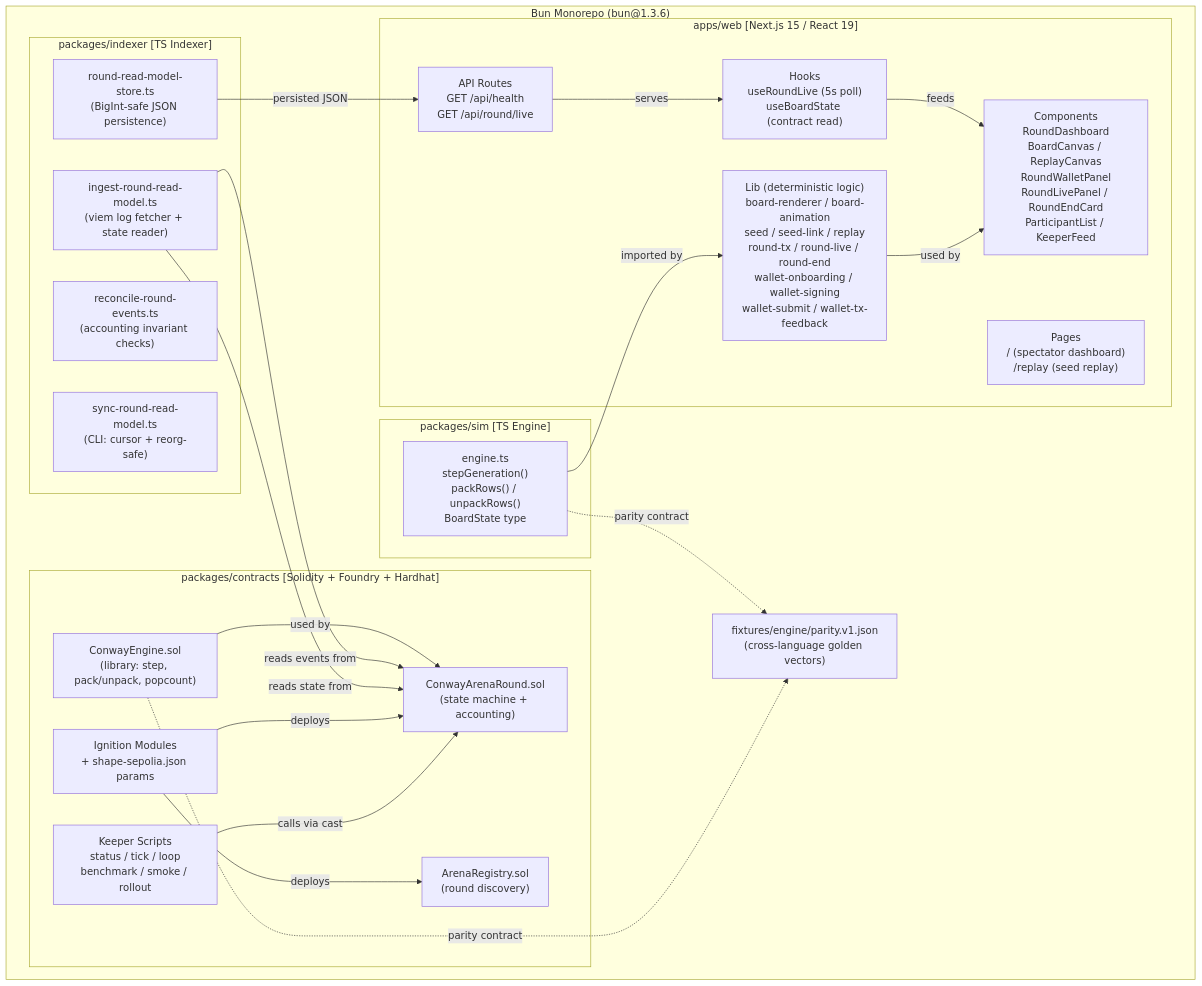
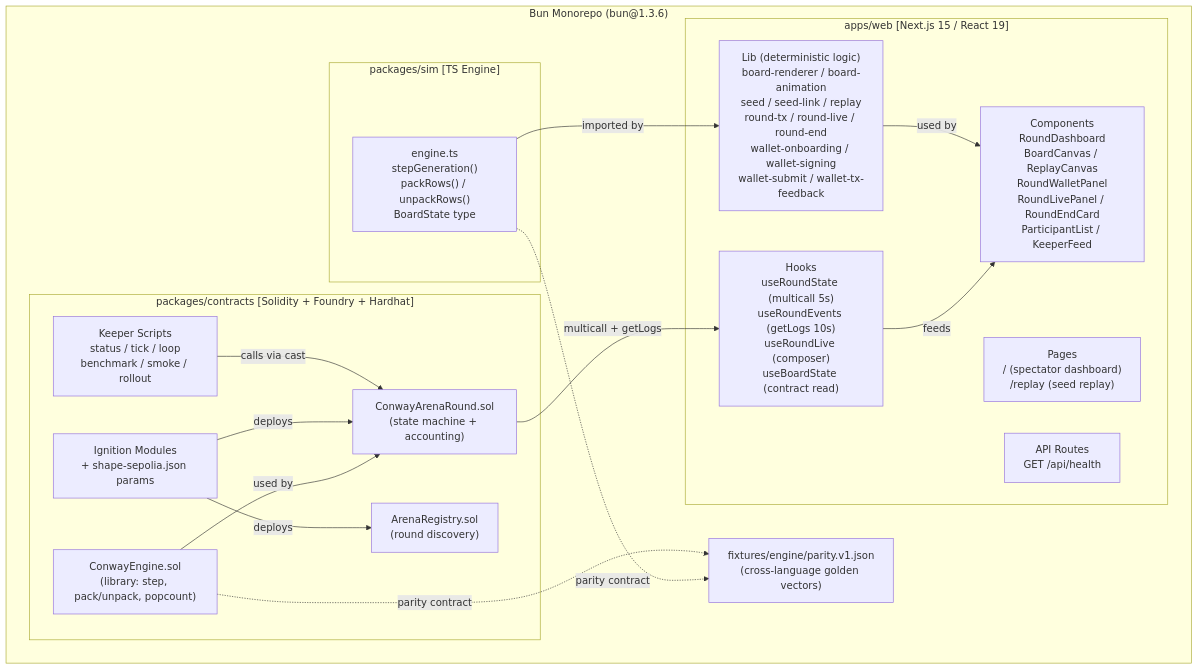
Before and after one commit to williamhzo/shape-of-life: the first of 13 diagrams in architecture.md, drawn with Mermaid. The commit also changed other lines of this file and 2 other files, not shown here.

First line of the commit message:
Update docs for indexer removal and wagmi/React Query reads

````diff
--- a/architecture.md
+++ b/architecture.md
@@ -324,47 +297,37 @@
 ```mermaid
 graph TB
     subgraph "Bun Monorepo (bun@1.3.6)"
         subgraph "apps/web [Next.js 15 / React 19]"
             WEB_PAGES["Pages<br/>/ (spectator dashboard)<br/>/replay (seed replay)"]
-            WEB_API["API Routes<br/>GET /api/health<br/>GET /api/round/live"]
+            WEB_API["API Routes<br/>GET /api/health"]
             WEB_COMPONENTS["Components<br/>RoundDashboard<br/>BoardCanvas / ReplayCanvas<br/>RoundWalletPanel<br/>RoundLivePanel / RoundEndCard<br/>ParticipantList / KeeperFeed"]
             WEB_LIB["Lib (deterministic logic)<br/>board-renderer / board-animation<br/>seed / seed-link / replay<br/>round-tx / round-live / round-end<br/>wallet-onboarding / wallet-signing<br/>wallet-submit / wallet-tx-feedback"]
-            WEB_HOOKS["Hooks<br/>useRoundLive (5s poll)<br/>useBoardState (contract read)"]
+            WEB_HOOKS["Hooks<br/>useRoundState (multicall 5s)<br/>useRoundEvents (getLogs 10s)<br/>useRoundLive (composer)<br/>useBoardState (contract read)"]
         end
 
         subgraph "packages/sim [TS Engine]"
             SIM_ENGINE["engine.ts<br/>stepGeneration()<br/>packRows() / unpackRows()<br/>BoardState type"]
         end
 
         subgraph "packages/contracts [Solidity + Foundry + Hardhat]"
             SOL_ENGINE["ConwayEngine.sol<br/>(library: step, pack/unpack, popcount)"]
             SOL_ROUND["ConwayArenaRound.sol<br/>(state machine + accounting)"]
             SOL_REGISTRY["ArenaRegistry.sol<br/>(round discovery)"]
             IGNITION["Ignition Modules<br/>+ shape-sepolia.json params"]
             SCRIPTS["Keeper Scripts<br/>status / tick / loop<br/>benchmark / smoke / rollout"]
         end
 
-        subgraph "packages/indexer [TS Indexer]"
-            IDX_INGEST["ingest-round-read-model.ts<br/>(viem log fetcher + state reader)"]
-            IDX_RECONCILE["reconcile-round-events.ts<br/>(accounting invariant checks)"]
-            IDX_SYNC["sync-round-read-model.ts<br/>(CLI: cursor + reorg-safe)"]
-            IDX_STORE["round-read-model-store.ts<br/>(BigInt-safe JSON persistence)"]
-        end
-
         FIXTURES["fixtures/engine/parity.v1.json<br/>(cross-language golden vectors)"]
     end
 
     SIM_ENGINE -->|"imported by"| WEB_LIB
     SIM_ENGINE -.->|"parity contract"| FIXTURES
     SOL_ENGINE -.->|"parity contract"| FIXTURES
     SOL_ENGINE -->|"used by"| SOL_ROUND
-    IDX_INGEST -->|"reads events from"| SOL_ROUND
-    IDX_INGEST -->|"reads state from"| SOL_ROUND
-    IDX_STORE -->|"persisted JSON"| WEB_API
-    WEB_API -->|"serves"| WEB_HOOKS
+    SOL_ROUND -->|"multicall + getLogs"| WEB_HOOKS
     WEB_HOOKS -->|"feeds"| WEB_COMPONENTS
     WEB_LIB -->|"used by"| WEB_COMPONENTS
     IGNITION -->|"deploys"| SOL_ROUND
     IGNITION -->|"deploys"| SOL_REGISTRY
     SCRIPTS -->|"calls via cast"| SOL_ROUND
 ```
````
